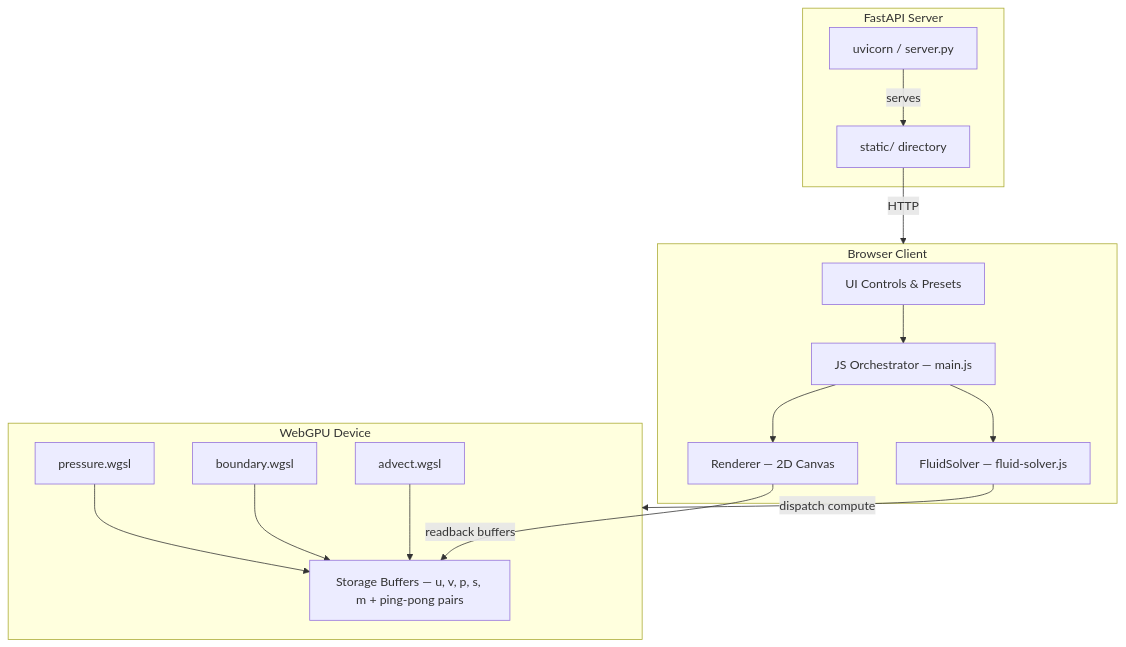
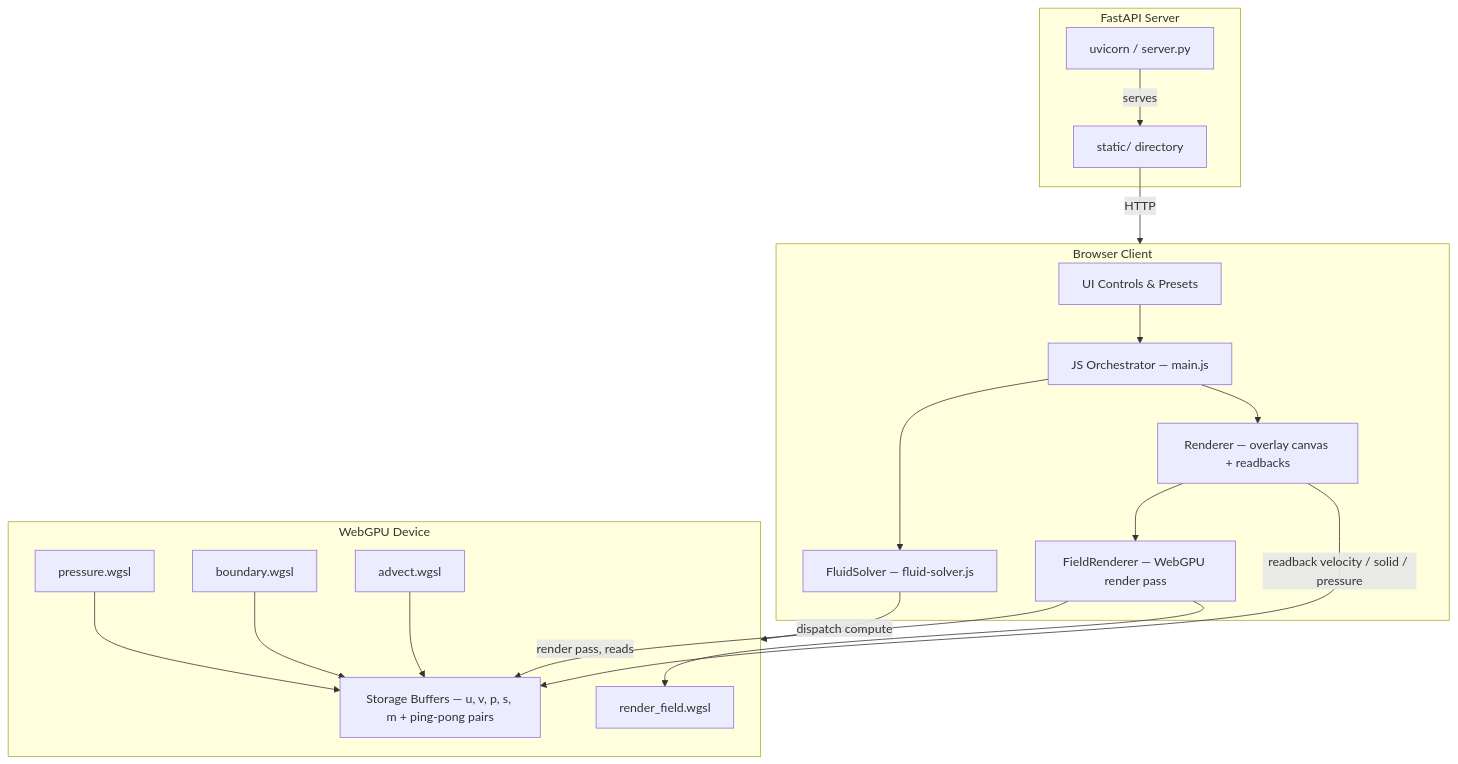
One commit to palsagar/webgpu-fluid-solver changed the diagram in docs/README.md. Above: the diagram before and after it, drawn with Mermaid. The commit also changed other lines of this file and 31 other files, not shown here.

Commit message:
GPU field rendering + 1024 tier (ADR-0005) (#1)

````diff
--- a/docs/README.md
+++ b/docs/README.md
@@ -7,32 +7,37 @@
 ```mermaid
 graph TD
     subgraph Server["FastAPI Server"]
         S1[uvicorn / server.py]
         S2[static/ directory]
         S1 -->|serves| S2
     end
 
     subgraph Browser["Browser Client"]
         UI[UI Controls & Presets]
         Orch[JS Orchestrator — main.js]
         Sim[FluidSolver — fluid-solver.js]
-        Ren[Renderer — 2D Canvas]
+        Ren[Renderer — overlay canvas + readbacks]
+        FRen[FieldRenderer — WebGPU render pass]
         UI --> Orch
         Orch --> Sim
         Orch --> Ren
+        Ren --> FRen
     end
 
     subgraph GPU["WebGPU Device"]
         B[Storage Buffers — u, v, p, s, m + ping-pong pairs]
         C2[pressure.wgsl]
         C3[boundary.wgsl]
         C4[advect.wgsl]
+        C5[render_field.wgsl]
         C2 --> B
         C3 --> B
         C4 --> B
     end
 
     S2 -->|HTTP| Browser
     Sim -->|dispatch compute| GPU
-    Ren -->|readback buffers| B
+    FRen -->|render pass, reads| B
+    FRen --> C5
+    Ren -->|readback velocity / solid / pressure| B
 ```
````
